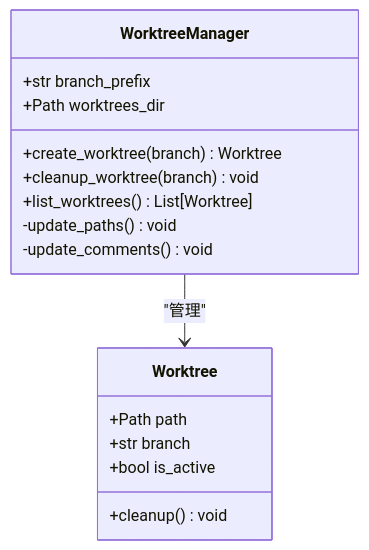
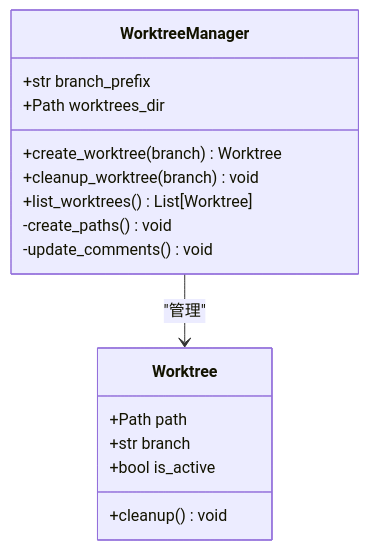
One commit to pinsonchen/vivify changed the fifth of 7 diagrams in .qoder/repowiki/zh/content/技术实现参考/代码替换策略/PR创建和工作树管理.md. Above: the diagram before and after it, drawn with Mermaid. The commit also changed other lines of this file and 6 other files, not shown here.

````diff
--- a/.qoder/repowiki/zh/content/技术实现参考/代码替换策略/PR创建和工作树管理.md
+++ b/.qoder/repowiki/zh/content/技术实现参考/代码替换策略/PR创建和工作树管理.md
@@ -206,19 +253,19 @@
 ```mermaid
 classDiagram
 class WorktreeManager {
 +str branch_prefix
 +Path worktrees_dir
 +create_worktree(branch) Worktree
 +cleanup_worktree(branch) void
 +list_worktrees() List[Worktree]
--update_paths() void
+-create_paths() void
 -update_comments() void
 }
 class Worktree {
 +Path path
 +str branch
 +bool is_active
 +cleanup() void
 }
 WorktreeManager --> Worktree : "管理"
 ```
````
